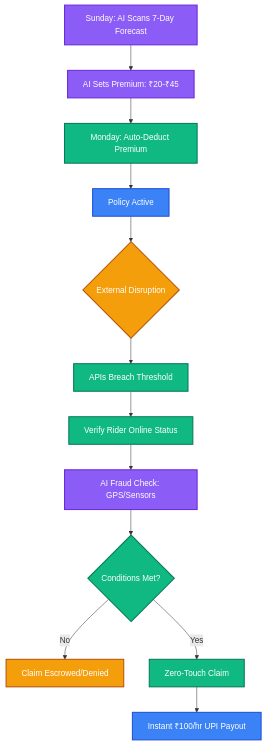
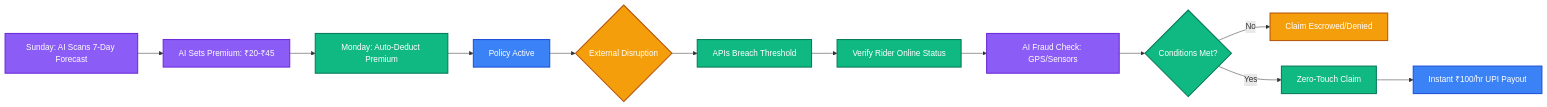
One commit to mushir2004/Q-Sure-Guidewire-DEVTrails changed the first of 2 diagrams in README.md. Above: the diagram before and after it, drawn with Mermaid. The commit also changed other lines of this file, not shown here.

````diff
--- a/README.md
+++ b/README.md
@@ -53,19 +53,19 @@
 ```mermaid
-graph TD
+graph LR
     classDef user fill:#3b82f6,stroke:#1d4ed8,stroke-width:2px,color:#fff;
     classDef ai fill:#8b5cf6,stroke:#6d28d9,stroke-width:2px,color:#fff;
     classDef system fill:#10b981,stroke:#047857,stroke-width:2px,color:#fff;
     classDef external fill:#f59e0b,stroke:#b45309,stroke-width:2px,color:#fff;
 
     A[Sunday: AI Scans 7-Day Forecast]:::ai --> B[AI Sets Premium: ₹20-₹45]:::ai
     B --> C[Monday: Auto-Deduct Premium]:::system
     C --> D[Policy Active]:::user
     D --> E{External Disruption}:::external
     E --> F[APIs Breach Threshold]:::system
     F --> G[Verify Rider Online Status]:::system
     G --> H[AI Fraud Check: GPS/Sensors]:::ai
     H --> I{Conditions Met?}:::system
     I -- No --> J[Claim Escrowed/Denied]:::external
     I -- Yes --> K[Zero-Touch Claim]:::system
     K --> L[Instant ₹100/hr UPI Payout]:::user
 ```
````
